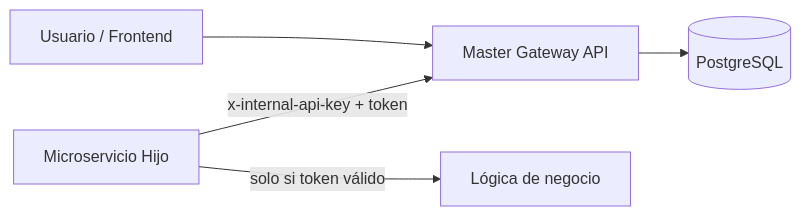
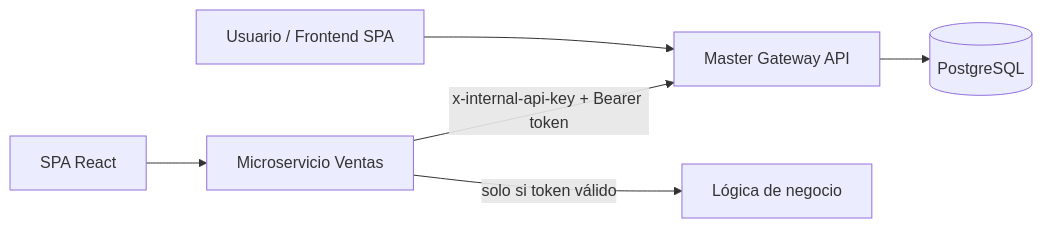
One commit to AlejandroToscan0/ProyectoP3_SWSeguro changed the first of 4 diagrams in README.md. Above: the diagram before and after it, drawn with Mermaid. The commit also changed other lines of this file, not shown here.

````diff
--- a/README.md
+++ b/README.md
@@ -63,7 +36,8 @@
 ```mermaid
 flowchart LR
-    U[Usuario / Frontend] --> MG[Master Gateway API]
+    U[Usuario / Frontend SPA] --> MG[Master Gateway API]
     MG --> DB[(PostgreSQL)]
-    SVC[Microservicio Hijo] -->|x-internal-api-key + token| MG
-    SVC -->|solo si token válido| SVCBUS[Lógica de negocio]
+    SPA[SPA React] --> V[Microservicio Ventas]
+    V -->|x-internal-api-key + Bearer token| MG
+    V -->|solo si token válido| BUS[Lógica de negocio]
 ```
````
